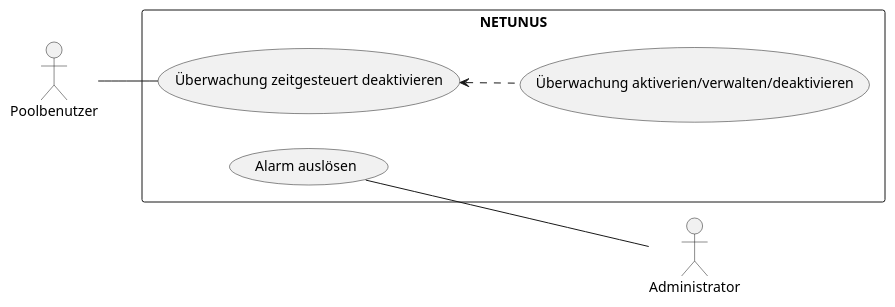
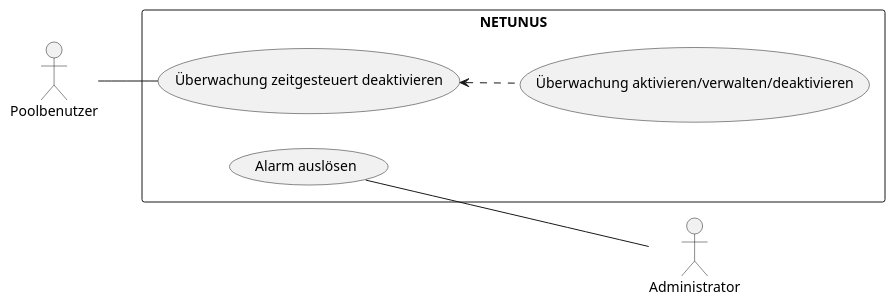
The diagram in Assets/use-case-diagram.iuml (KonstantinFrank01/safer-pool), drawn with PlantUML before and after one commit. The commit also changed 1 other file, not shown here.

Commit message:
update use-case-diagram files

```diff
--- a/Assets/use-case-diagram.iuml
+++ b/Assets/use-case-diagram.iuml
@@ -1,10 +1,10 @@
 @startuml
 left to right direction
 actor Poolbenutzer
 actor Administrator
 rectangle NETUNUS {
     Poolbenutzer -- (Überwachung zeitgesteuert deaktivieren)
-    (Überwachung zeitgesteuert deaktivieren) <.. (Überwachung aktiverien/verwalten/deaktivieren)
+    (Überwachung zeitgesteuert deaktivieren) <.. (Überwachung aktivieren/verwalten/deaktivieren)
     (Alarm auslösen) -- Administrator
 }
 @enduml
```
